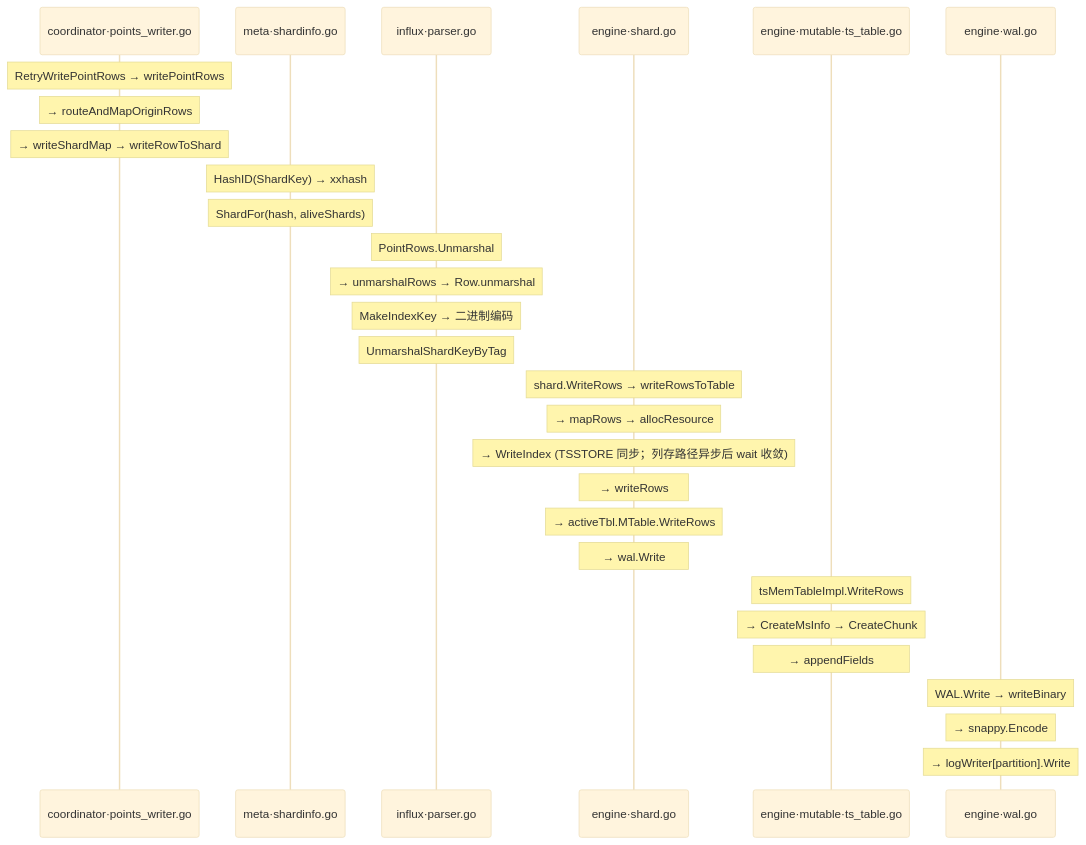
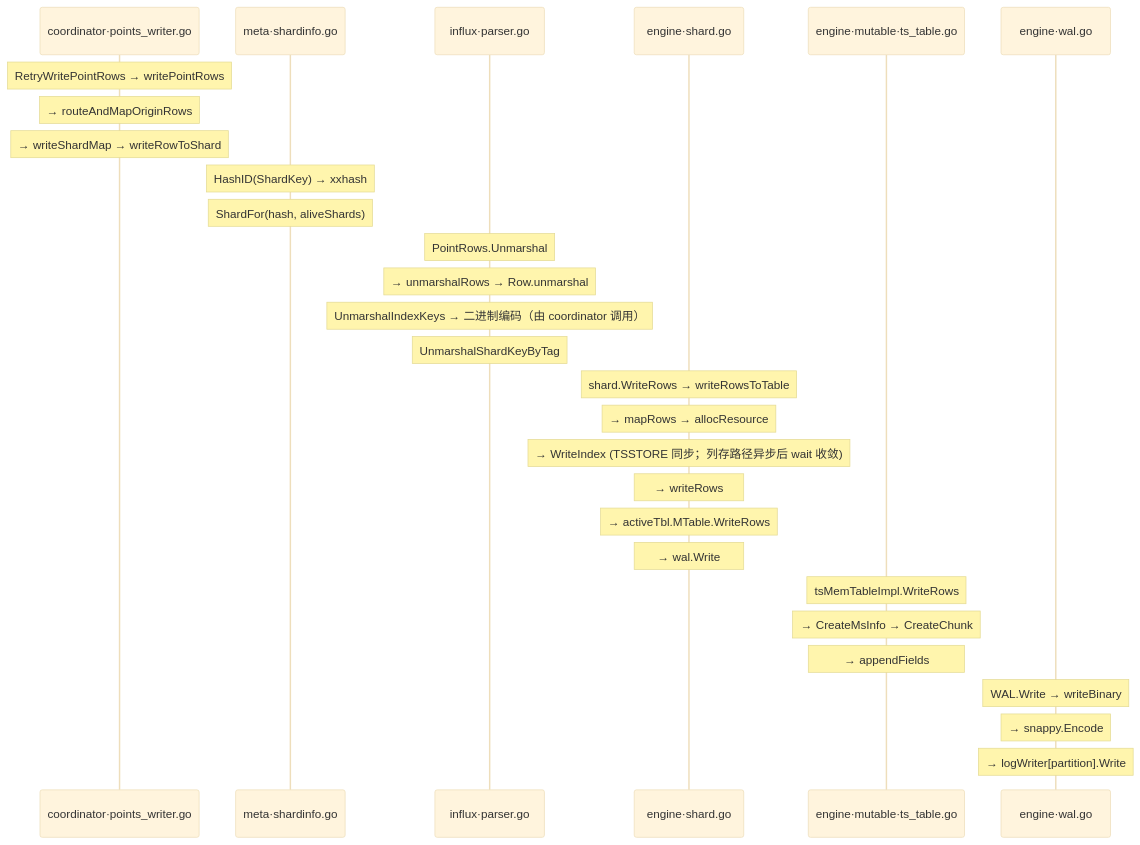
One commit to stefanv5/openGemini changed diagram 13 of 14 in docs/specs/01_write_engine_spec.md. Above: the diagram before and after it, drawn with Mermaid (base theme). The commit also changed other lines of this file and 37 other files, not shown here.

````diff
--- a/docs/specs/01_write_engine_spec.md
+++ b/docs/specs/01_write_engine_spec.md
@@ -1954,36 +2032,36 @@
 ```mermaid
 sequenceDiagram
     participant C1 as coordinator·points_writer.go
     participant C2 as meta·shardinfo.go
     participant C3 as influx·parser.go
     participant C4 as engine·shard.go
     participant C5 as engine·mutable·ts_table.go
     participant C6 as engine·wal.go
 
     Note over C1: RetryWritePointRows → writePointRows
     Note over C1: → routeAndMapOriginRows
     Note over C1: → writeShardMap → writeRowToShard
 
     Note over C2: HashID(ShardKey) → xxhash
     Note over C2: ShardFor(hash, aliveShards)
 
     Note over C3: PointRows.Unmarshal
     Note over C3: → unmarshalRows → Row.unmarshal
-    Note over C3: MakeIndexKey → 二进制编码
+    Note over C3: UnmarshalIndexKeys → 二进制编码（由 coordinator 调用）
     Note over C3: UnmarshalShardKeyByTag
 
     Note over C4: shard.WriteRows → writeRowsToTable
     Note over C4: → mapRows → allocResource
     Note over C4: → WriteIndex (TSSTORE 同步；列存路径异步后 wait 收敛)
     Note over C4: → writeRows
     Note over C4: → activeTbl.MTable.WriteRows
     Note over C4: → wal.Write
 
     Note over C5: tsMemTableImpl.WriteRows
     Note over C5: → CreateMsInfo → CreateChunk
     Note over C5: → appendFields
 
     Note over C6: WAL.Write → writeBinary
     Note over C6: → snappy.Encode
     Note over C6: → logWriter[partition].Write
 ```
````
